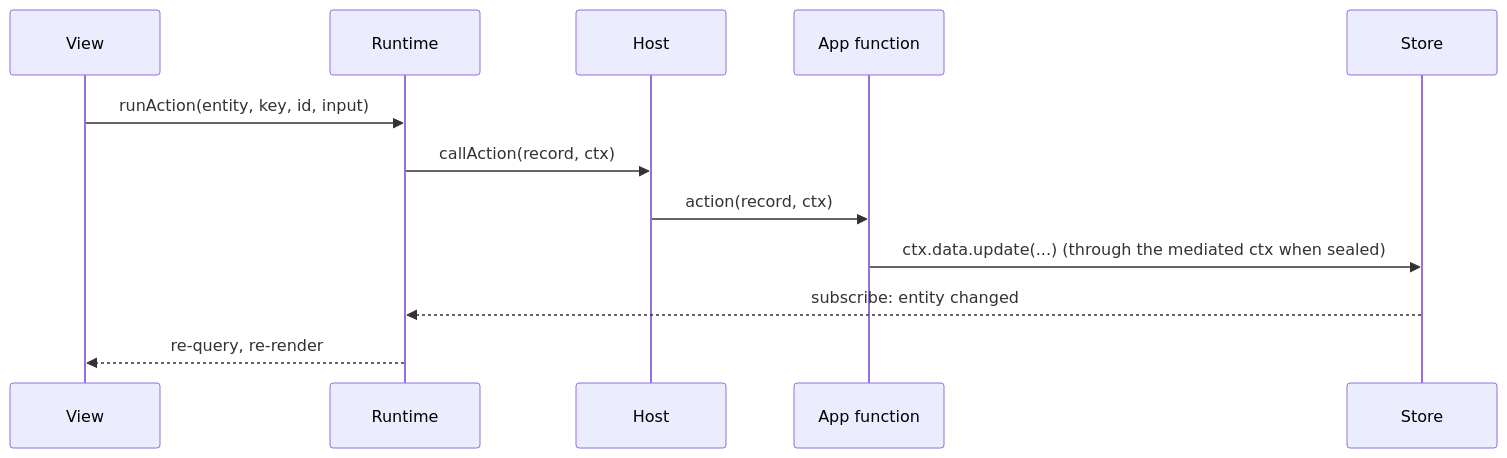
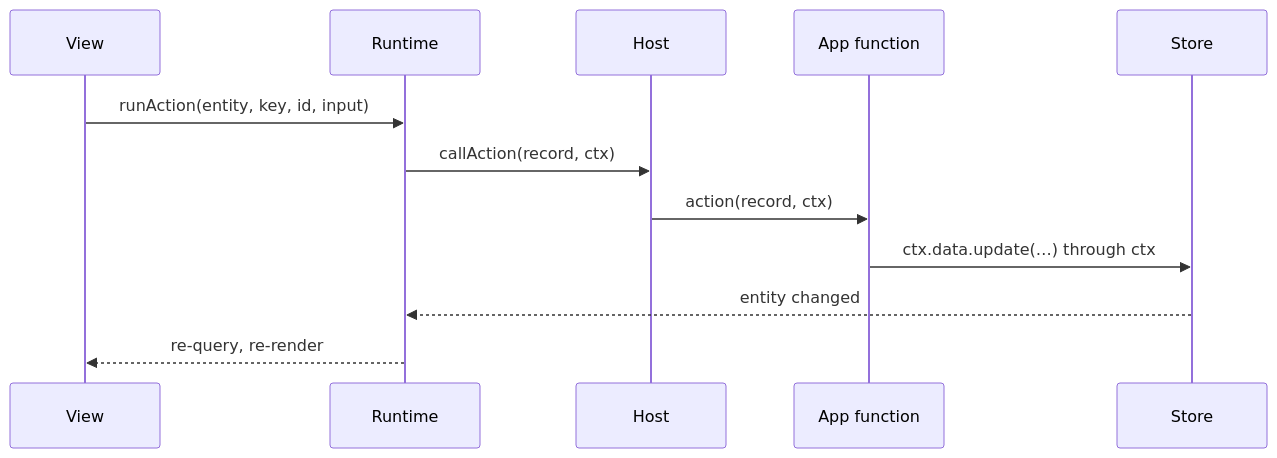
One commit to potyro-app/potyro changed the third of 9 diagrams in docs/00-how-potyro-works.md. Above: the diagram before and after it, drawn with Mermaid. The commit also changed other lines of this file, not shown here.

First line of the commit message:
docs: 00 — diagrams that parse and fit a page column

````diff
--- a/docs/00-how-potyro-works.md
+++ b/docs/00-how-potyro-works.md
@@ -278,14 +278,14 @@
 ```mermaid
 sequenceDiagram
   participant V as View
   participant R as Runtime
   participant H as Host
   participant A as App function
   participant S as Store
   V->>R: runAction(entity, key, id, input)
   R->>H: callAction(record, ctx)
   H->>A: action(record, ctx)
-  A->>S: ctx.data.update(...)  (through the mediated ctx when sealed)
-  S-->>R: subscribe: entity changed
+  A->>S: ctx.data.update(…) through ctx
+  S-->>R: entity changed
   R-->>V: re-query, re-render
 ```
````
